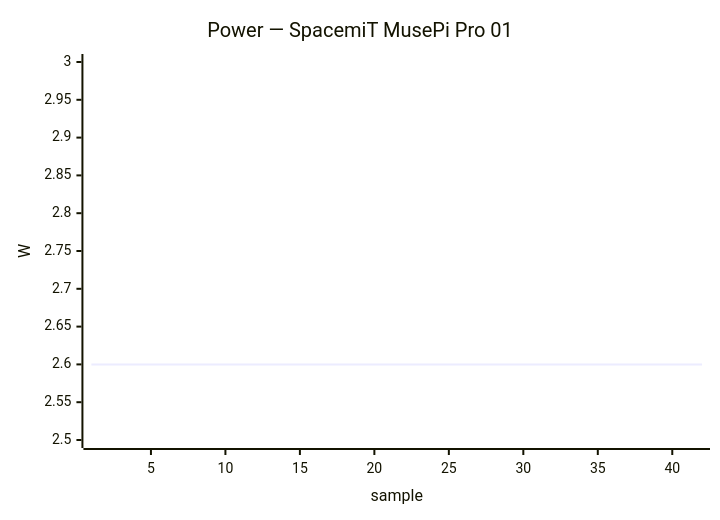
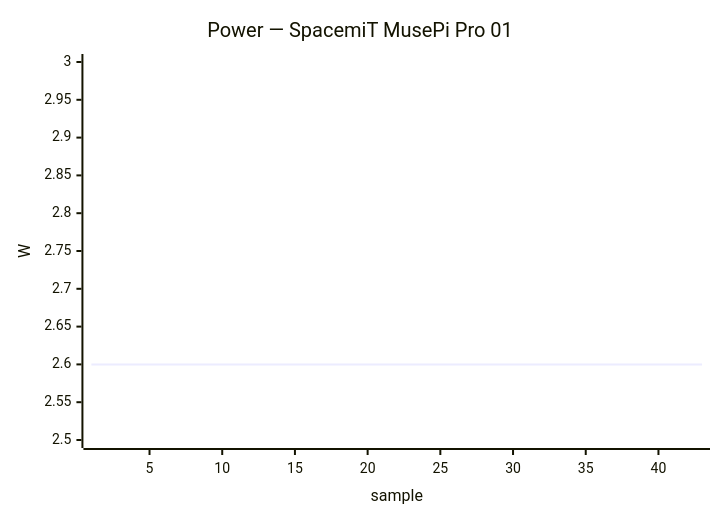
One commit to armbian/documentation changed the sixth of 34 diagrams in docs/status/board-tests.md. Above: the diagram before and after it, drawn with Mermaid. The commit also changed other lines of this file, not shown here.

````diff
--- a/docs/status/board-tests.md
+++ b/docs/status/board-tests.md
@@ -770,7 +255,7 @@
 ```mermaid
 xychart-beta
     title "Power — SpacemiT MusePi Pro 01"
-    x-axis "sample" 1 --> 42
+    x-axis "sample" 1 --> 43
     y-axis "W" 2.5 --> 3.0
     line [2.60, 2.60, 2.60, 2.60, 2.60, 2.60, 2.60, 2.60, 2.60, 2.60, 2.60, 2.60, 2.60, 2.60, 2.60, 2.60, 2.60, 2.60, 2.60, 2.60, 2.60, 2.60, 2.60, 2.60, 2.60, 2.60, 2.60, 2.60, 2.60, 2.60, 2.60, 2.60, 2.60, 2.60, 2.60, 2.60, 2.60, 2.60, 2.60, 2.60]
 ```
````
